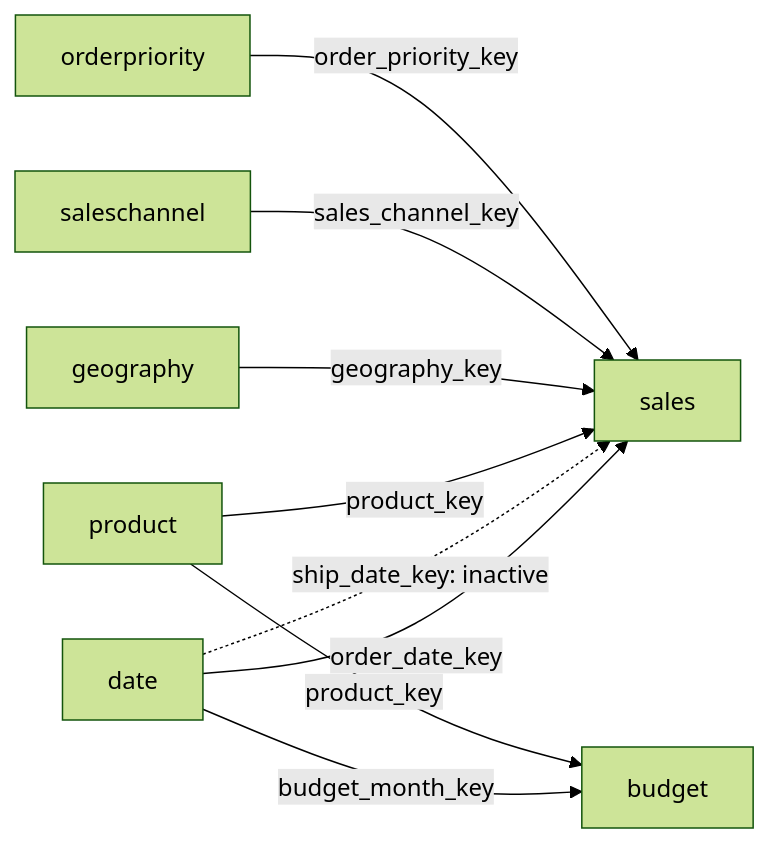
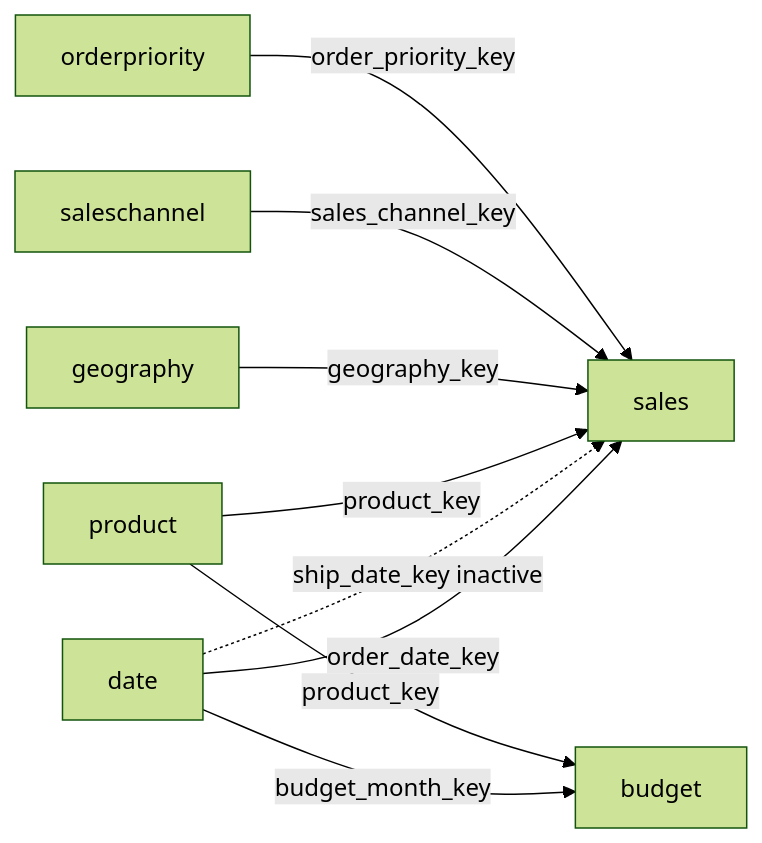
One commit to kamilsoszka/01_sales-records-fabric-analytics changed the first of 2 diagrams in README.md. Above: the diagram before and after it, drawn with Mermaid (forest theme). The commit also changed other lines of this file, not shown here.

````diff
--- a/README.md
+++ b/README.md
@@ -377,21 +210,19 @@
 ```mermaid
 flowchart LR
     Date[date]
     Product[product]
     Geography[geography]
     Channel[saleschannel]
     Priority[orderpriority]
-
     Sales[sales]
     Budget[budget]
 
     Date -->|order_date_key| Sales
-    Date -.->|ship_date_key: inactive| Sales
+    Date -.->|ship_date_key inactive| Sales
     Product -->|product_key| Sales
     Geography -->|geography_key| Sales
     Channel -->|sales_channel_key| Sales
     Priority -->|order_priority_key| Sales
-
     Date -->|budget_month_key| Budget
     Product -->|product_key| Budget
 ```
````
